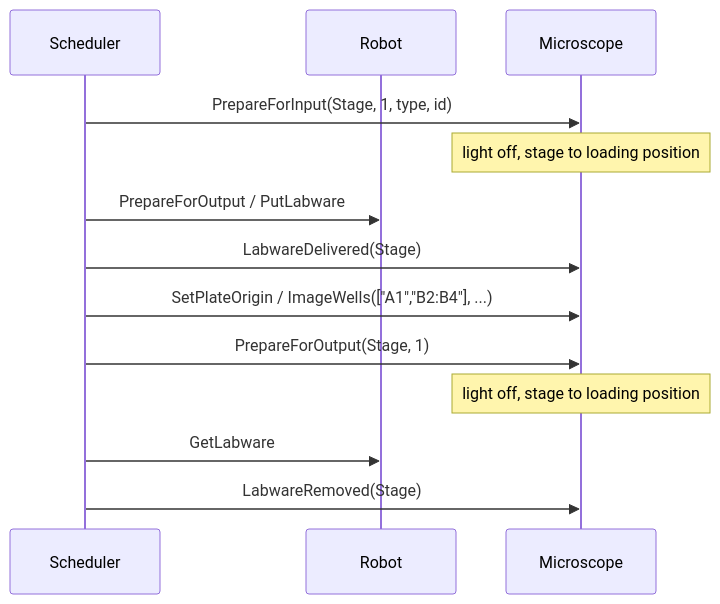
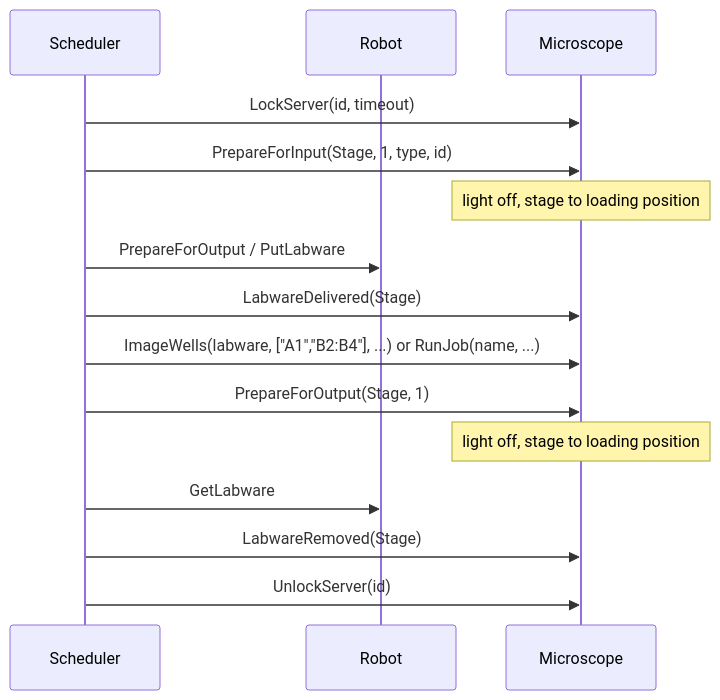
The diagram in docs/SILA2.md (openUC2/ImSwitch), drawn with Mermaid before and after one commit. The commit also changed other lines of this file and 2 other files, not shown here.

First line of the commit message:
Docs: SiLA role in the workcell, teaching, lock; S7-S9 done

````diff
--- a/docs/SILA2.md
+++ b/docs/SILA2.md
@@ -60,15 +91,17 @@
 ```mermaid
 sequenceDiagram
   participant S as Scheduler
   participant R as Robot
   participant M as Microscope
+  S->>M: LockServer(id, timeout)
   S->>M: PrepareForInput(Stage, 1, type, id)
   Note over M: light off, stage to loading position
   S->>R: PrepareForOutput / PutLabware
   S->>M: LabwareDelivered(Stage)
-  S->>M: SetPlateOrigin / ImageWells(["A1","B2:B4"], ...)
+  S->>M: ImageWells(labware, ["A1","B2:B4"], ...) or RunJob(name, ...)
   S->>M: PrepareForOutput(Stage, 1)
   Note over M: light off, stage to loading position
   S->>R: GetLabware
   S->>M: LabwareRemoved(Stage)
+  S->>M: UnlockServer(id)
 ```
````
